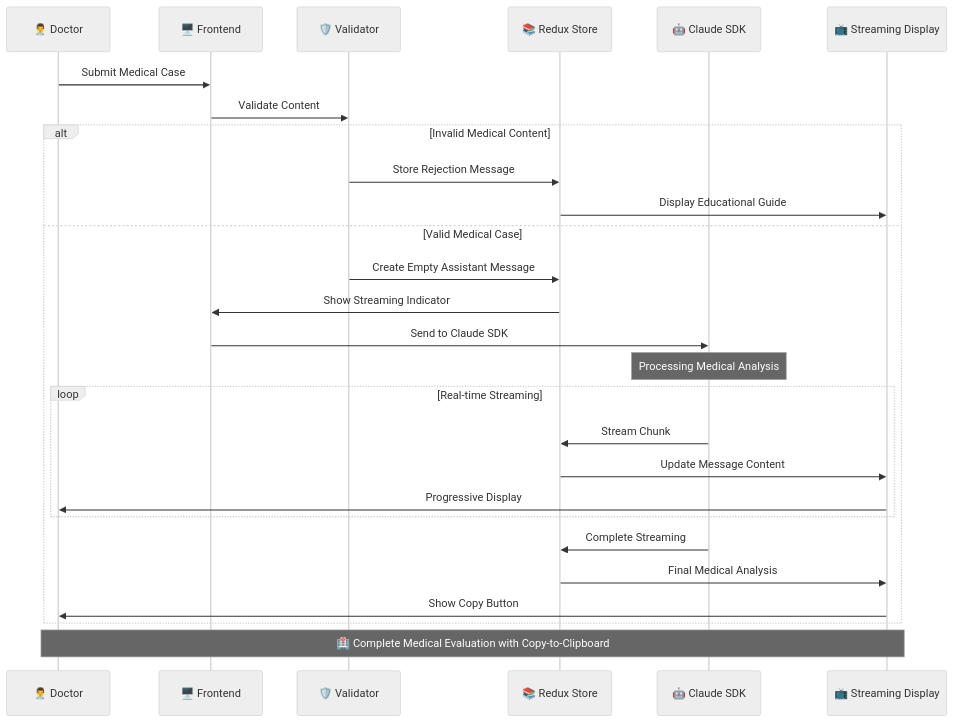
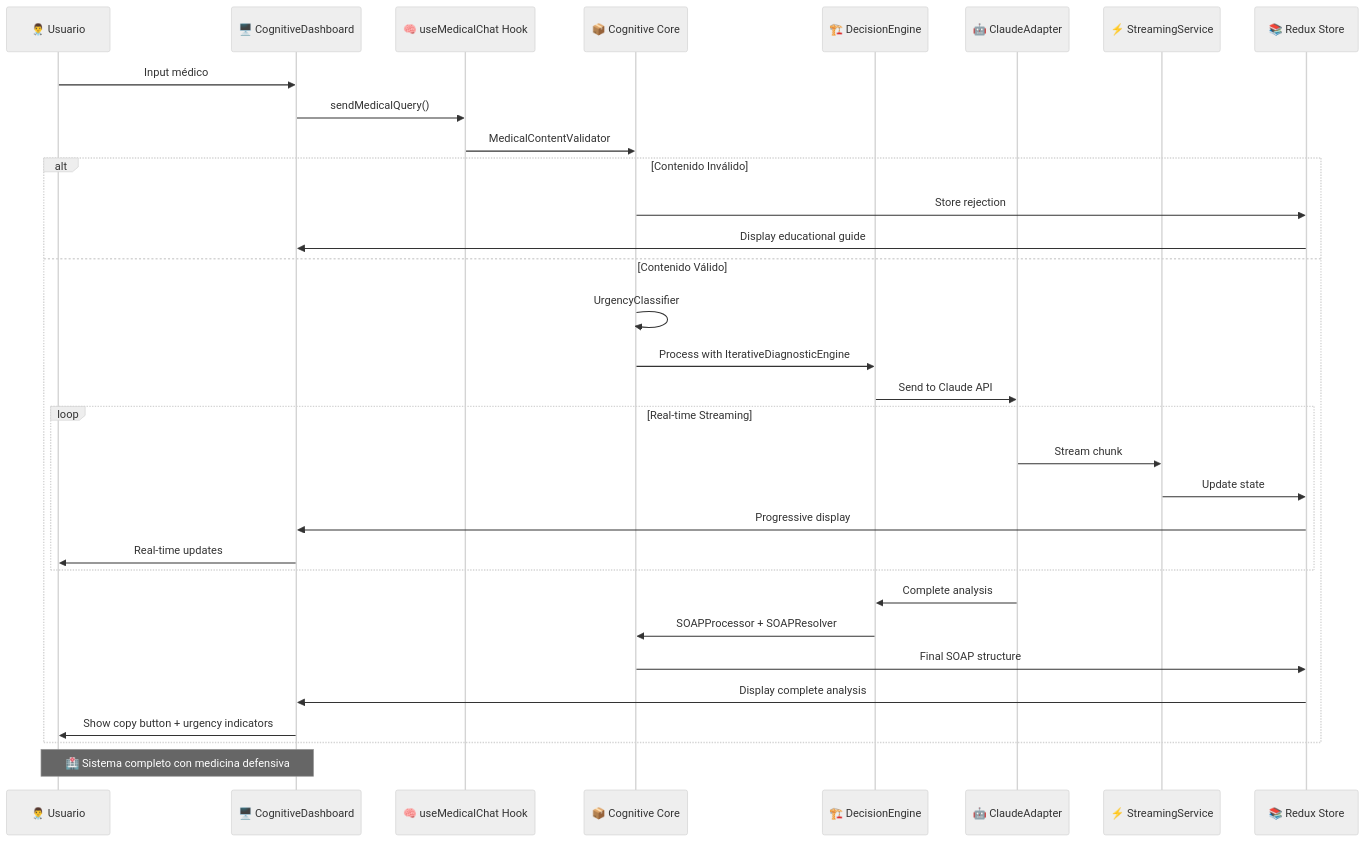
Before and after one commit to BernardUriza/redux-claude: the third of 4 diagrams in README.md, drawn with Mermaid (neutral theme). The commit also changed other lines of this file and 9 other files, not shown here.

````diff
--- a/README.md
+++ b/README.md
@@ -203,35 +220,39 @@
 ```mermaid
 sequenceDiagram
-    participant D as 👨‍⚕️ Doctor
-    participant UI as 🖥️ Frontend
-    participant V as 🛡️ Validator
-    participant R as 📚 Redux Store
-    participant C as 🤖 Claude SDK
-    participant S as 📺 Streaming Display
+    participant U as 👨‍⚕️ Usuario
+    participant CD as 🖥️ CognitiveDashboard
+    participant CH as 🧠 useMedicalChat Hook
+    participant CC as 📦 Cognitive Core
+    participant DE as 🏗️ DecisionEngine
+    participant CA as 🤖 ClaudeAdapter
+    participant SS as ⚡ StreamingService
+    participant RS as 📚 Redux Store
     
-    D->>UI: Submit Medical Case
-    UI->>V: Validate Content
+    U->>CD: Input médico
+    CD->>CH: sendMedicalQuery()
+    CH->>CC: MedicalContentValidator
     
-    alt Invalid Medical Content
-        V->>R: Store Rejection Message
-        R->>S: Display Educational Guide
-    else Valid Medical Case
-        V->>R: Create Empty Assistant Message
-        R->>UI: Show Streaming Indicator
-        
-        UI->>C: Send to Claude SDK
-        Note over C: Processing Medical Analysis
+    alt Contenido Inválido
+        CC->>RS: Store rejection
+        RS->>CD: Display educational guide
+    else Contenido Válido
+        CC->>CC: UrgencyClassifier
+        CC->>DE: Process with IterativeDiagnosticEngine
+        DE->>CA: Send to Claude API
         
         loop Real-time Streaming
-            C->>R: Stream Chunk
-            R->>S: Update Message Content
-            S->>D: Progressive Display
+            CA->>SS: Stream chunk
+            SS->>RS: Update state
+            RS->>CD: Progressive display
+            CD->>U: Real-time updates
         end
         
-        C->>R: Complete Streaming
-        R->>S: Final Medical Analysis
-        S->>D: Show Copy Button
+        CA->>DE: Complete analysis
+        DE->>CC: SOAPProcessor + SOAPResolver
+        CC->>RS: Final SOAP structure
+        RS->>CD: Display complete analysis
+        CD->>U: Show copy button + urgency indicators
     end
     
-    Note over D,S: 🏥 Complete Medical Evaluation with Copy-to-Clipboard
+    Note over U,CD: 🏥 Sistema completo con medicina defensiva
 ```
````
